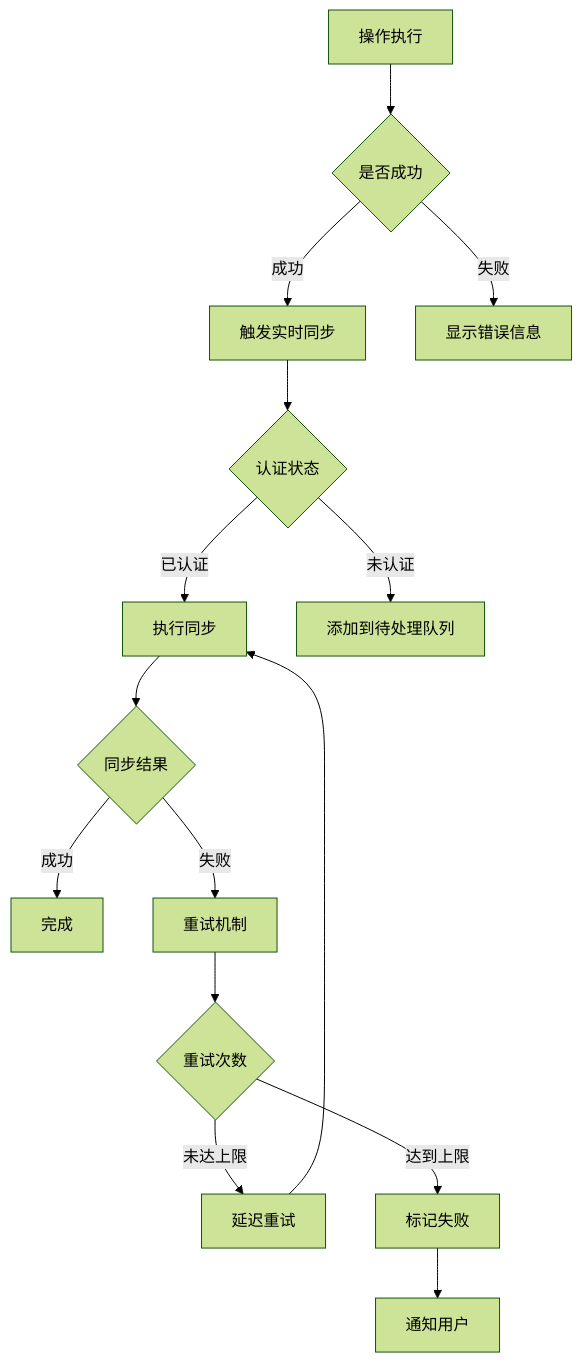
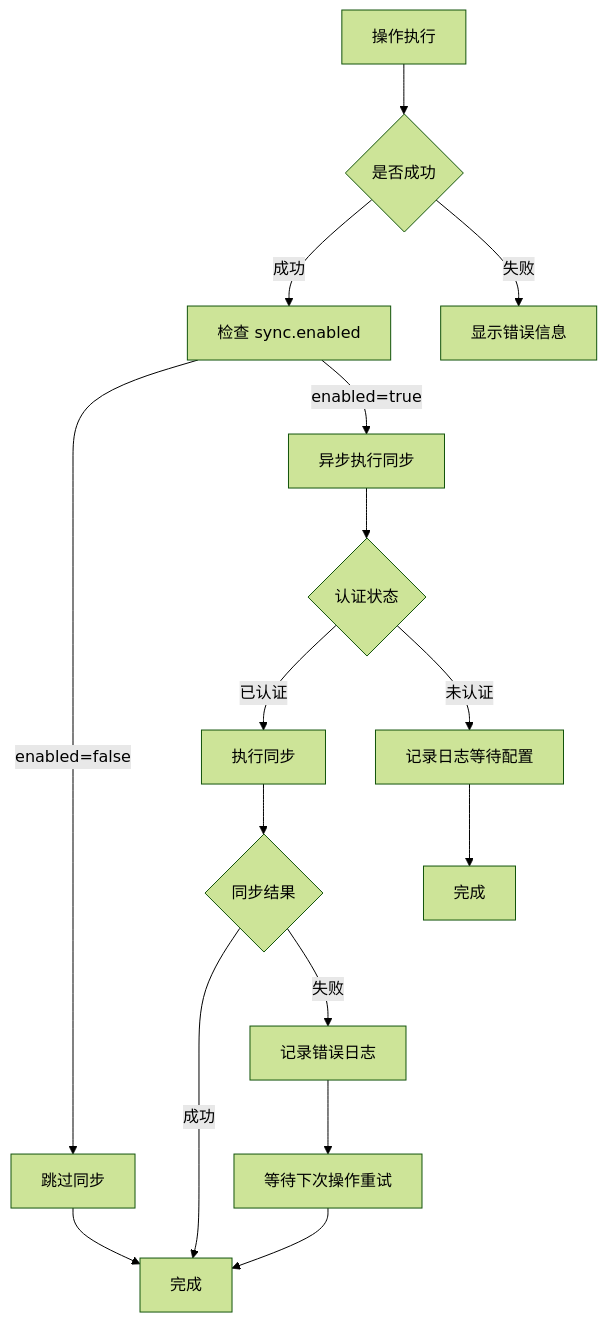
One commit to namehu/UniTab changed diagram 11 of 12 in UniTab_流程链路图.md. Above: the diagram before and after it, drawn with Mermaid (forest theme). The commit also changed other lines of this file and 11 other files, not shown here.

````diff
--- a/UniTab_流程链路图.md
+++ b/UniTab_流程链路图.md
@@ -350,21 +387,22 @@
 ```mermaid
 flowchart TD
     A[操作执行] --> B{是否成功}
-    B -->|成功| C[触发实时同步]
+    B -->|成功| C[检查 sync.enabled]
     B -->|失败| D[显示错误信息]
     
-    C --> E{认证状态}
-    E -->|已认证| F[执行同步]
-    E -->|未认证| G[添加到待处理队列]
+    C -->|enabled=false| E[跳过同步]
+    C -->|enabled=true| F[异步执行同步]
     
-    F --> H{同步结果}
-    H -->|成功| I[完成]
-    H -->|失败| J[重试机制]
+    F --> G{认证状态}
+    G -->|已认证| H[执行同步]
+    G -->|未认证| I[记录日志等待配置]
     
-    J --> K{重试次数}
-    K -->|未达上限| L[延迟重试]
-    K -->|达到上限| M[标记失败]
+    H --> J{同步结果}
+    J -->|成功| K[完成]
+    J -->|失败| L[记录错误日志]
     
-    L --> F
-    M --> N[通知用户]
+    L --> M[等待下次操作重试]
+    I --> N[完成]
+    E --> K
+    M --> K
 ```
````
